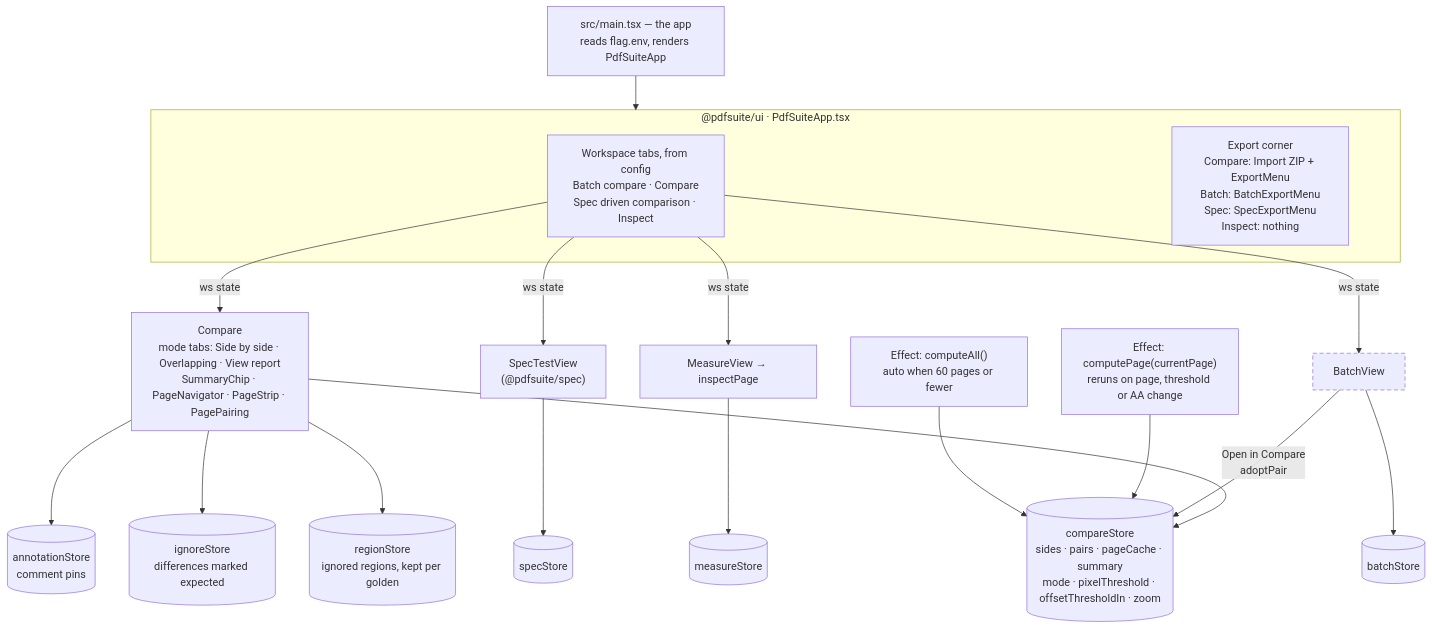
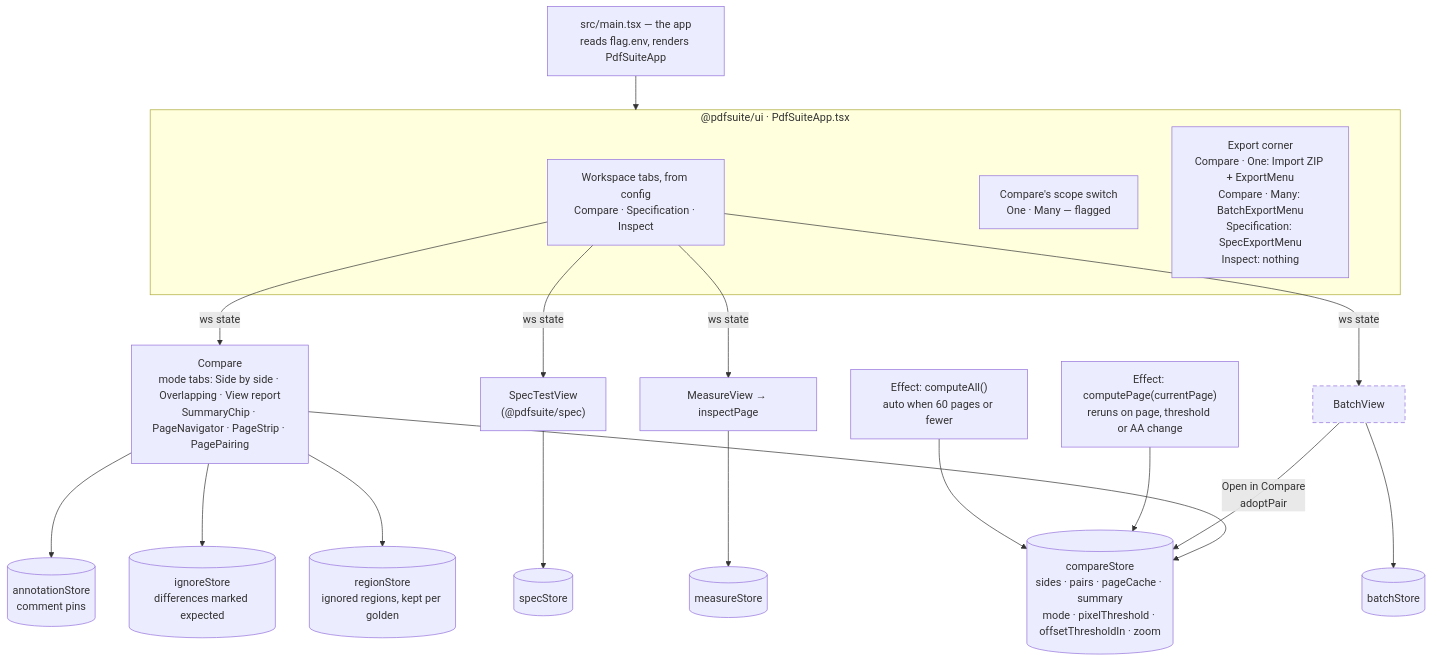
Before and after one commit to sid4861/pdf-testing-suite: the second of 26 diagrams in docs/ARCHITECTURE.md, drawn with Mermaid. The commit also changed other lines of this file and 68 other files, not shown here.

````diff
--- a/docs/ARCHITECTURE.md
+++ b/docs/ARCHITECTURE.md
@@ -99,25 +100,26 @@
 ```mermaid
 flowchart TB
   classDef flag stroke-dasharray: 6 4
   SHELL["src/main.tsx — the app<br/>reads flag.env, renders PdfSuiteApp"] --> HEADER
   subgraph HEADER["@pdfsuite/ui · PdfSuiteApp.tsx"]
-    TABS["Workspace tabs, from config<br/>Batch compare · Compare<br/>Spec driven comparison · Inspect"]
-    RIGHT["Export corner<br/>Compare: Import ZIP + ExportMenu<br/>Batch: BatchExportMenu<br/>Spec: SpecExportMenu<br/>Inspect: nothing"]
+    TABS["Workspace tabs, from config<br/>Compare · Specification · Inspect"]
+    SCOPE["Compare's scope switch<br/>One · Many — flagged"]
+    RIGHT["Export corner<br/>Compare · One: Import ZIP + ExportMenu<br/>Compare · Many: BatchExportMenu<br/>Specification: SpecExportMenu<br/>Inspect: nothing"]
   end
   TABS -->|"ws state"| CWS & SWS & IWS & BWS
   CWS["Compare<br/>mode tabs: Side by side · Overlapping · View report<br/>SummaryChip · PageNavigator · PageStrip · PagePairing"]
   SWS["SpecTestView<br/>(@pdfsuite/spec)"]
   IWS["MeasureView → inspectPage"]
   BWS["BatchView"]
   CWS --> CS[("compareStore<br/>sides · pairs · pageCache · summary<br/>mode · pixelThreshold · offsetThresholdIn · zoom")]
   CWS --> AS[("annotationStore<br/>comment pins")]
   CWS --> IS[("ignoreStore<br/>differences marked expected")]
   CWS --> RS[("regionStore<br/>ignored regions, kept per golden")]
   SWS --> SS[("specStore")]
   IWS --> MS[("measureStore")]
   BWS --> BS[("batchStore")]
   BWS -->|"Open in Compare<br/>adoptPair"| CS
   EF1["Effect: computePage(currentPage)<br/>reruns on page, threshold or AA change"] --> CS
   EF2["Effect: computeAll()<br/>auto when 60 pages or fewer"] --> CS
   class BWS flag
 ```
````
